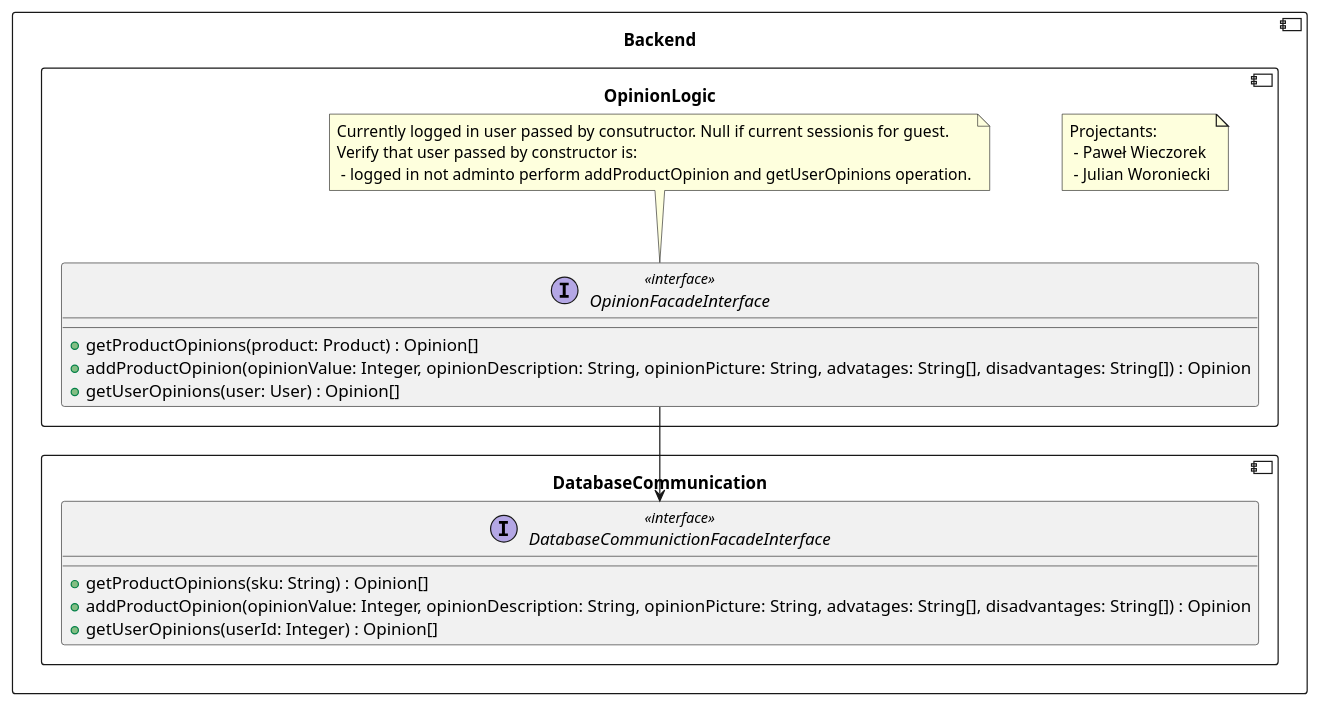
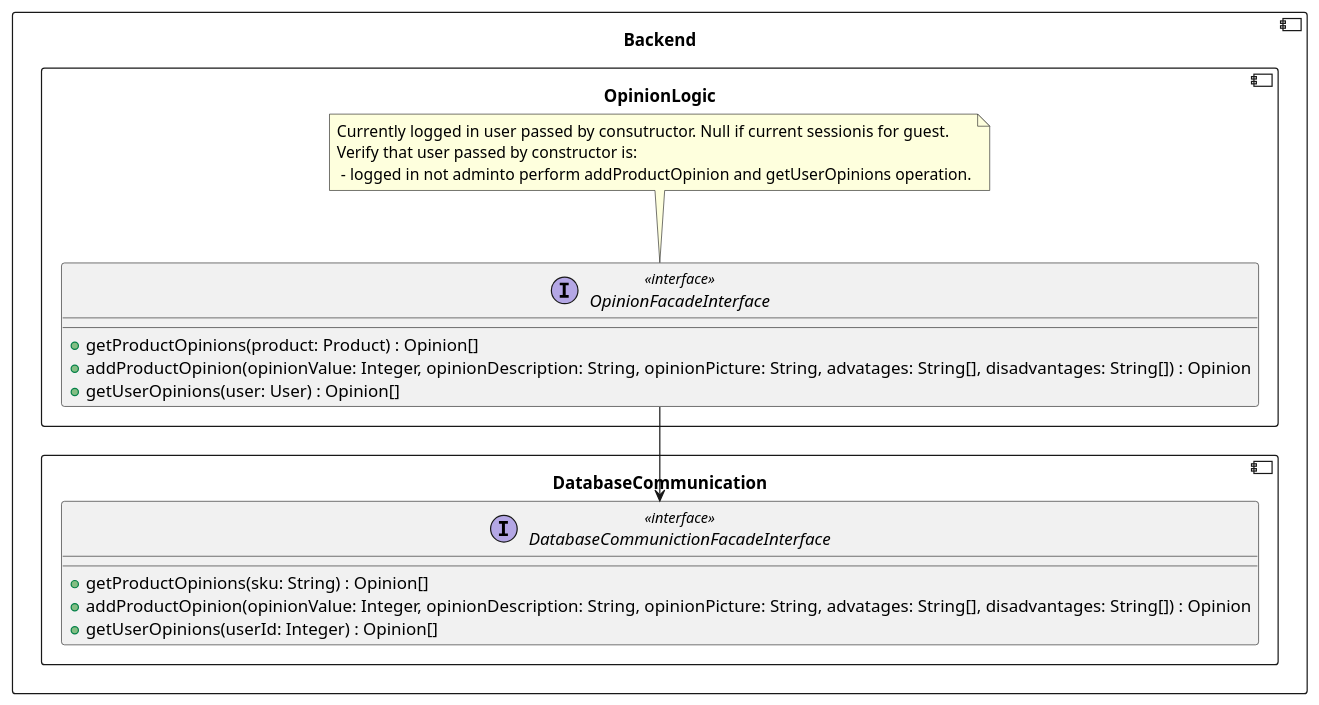
Before and after one commit to RadekBucki/OpinionCollectorArchitecture: the ninth of 9 diagrams in backend/BackendLogic.md, drawn with PlantUML. The commit also changed other lines of this file and 2 other files, not shown here.

Commit message:
BackendLogic description

````diff
--- a/backend/BackendLogic.md
+++ b/backend/BackendLogic.md
@@ -181,34 +265,28 @@
 ```plantuml
 @startuml
 component Backend {
     component DatabaseCommunication {
         interface DatabaseCommunictionFacadeInterface <<interface>> {
             + getProductOpinions(sku: String) : Opinion[]
             + addProductOpinion(opinionValue: Integer, opinionDescription: String, opinionPicture: String, advatages: String[], disadvantages: String[]) : Opinion
             + getUserOpinions(userId: Integer) : Opinion[]
         }
     }
     
-    component OpinionLogic {
-        note as Authors
-            Projectants: 
-             - Paweł Wieczorek
-             - Julian Woroniecki
-        endnote
-        
+    component OpinionLogic {        
         OpinionFacadeInterface  --> DatabaseCommunictionFacadeInterface
         interface OpinionFacadeInterface <<interface>> {
             + getProductOpinions(product: Product) : Opinion[]
             + addProductOpinion(opinionValue: Integer, opinionDescription: String, opinionPicture: String, advatages: String[], disadvantages: String[]) : Opinion
             + getUserOpinions(user: User) : Opinion[]
         }
     
         note top of OpinionFacadeInterface
             Currently logged in user passed by consutructor. Null if current sessionis for guest.
             Verify that user passed by constructor is:
              - logged in not adminto perform addProductOpinion and getUserOpinions operation.
         endnote
     }
 }
 @enduml 
 ```
````
